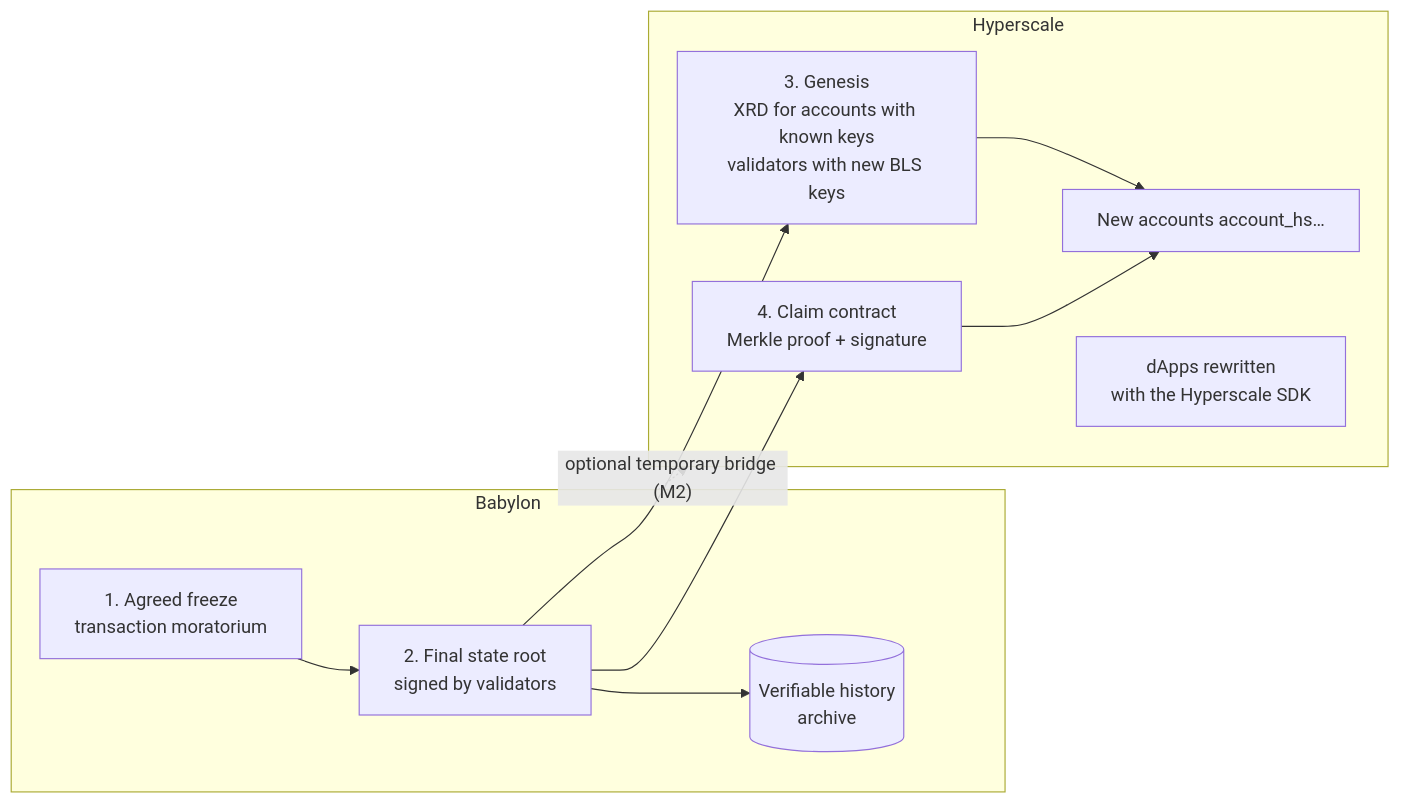
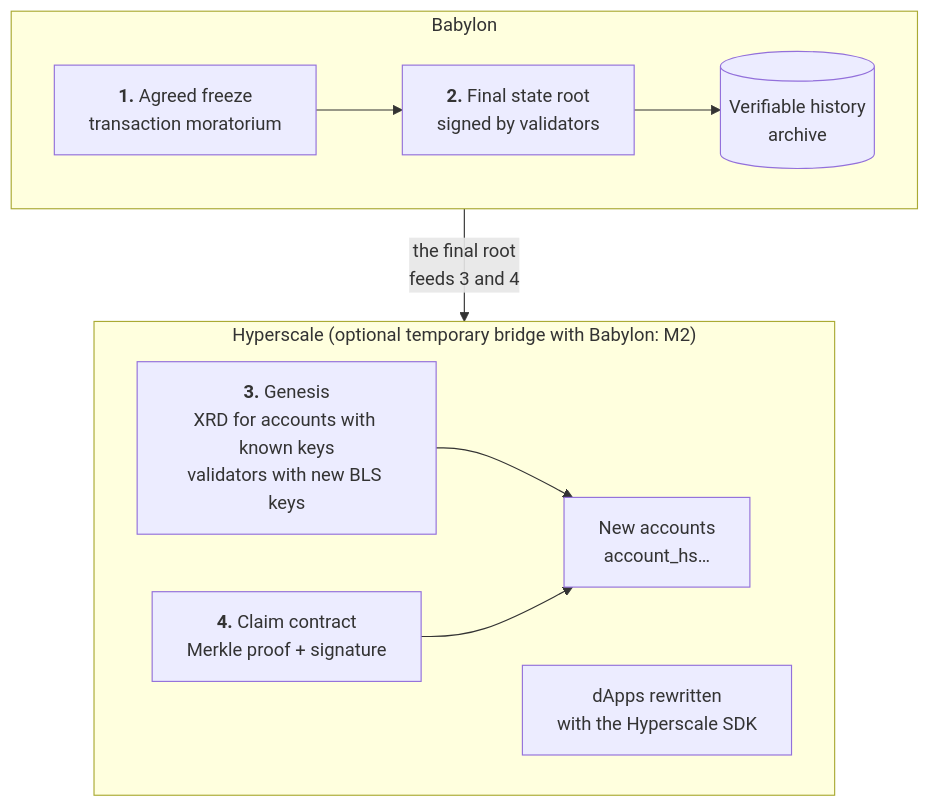
The fourth of 5 diagrams in docs/en/11-hyperscale-evolution.md (dazligth/radix-decentralization-roadmap), drawn with Mermaid before and after one commit. The commit also changed other lines of this file and 9 other files, not shown here.

First line of the commit message:
Redesign diagrams for readability on GitHub

````diff
--- a/docs/en/11-hyperscale-evolution.md
+++ b/docs/en/11-hyperscale-evolution.md
@@ -171,21 +171,14 @@
 ```mermaid
-flowchart LR
+flowchart TB
     subgraph BAB["Babylon"]
-        F["1. Agreed freeze<br/>transaction moratorium"]
-        R["2. Final state root<br/>signed by validators"]
-        AR[("Verifiable history<br/>archive")]
-        F --> R
-        R --> AR
+        direction LR
+        F["<b>1.</b> Agreed freeze<br/>transaction moratorium"] --> R["<b>2.</b> Final state root<br/>signed by validators"] --> AR[("Verifiable history<br/>archive")]
     end
-    subgraph HS["Hyperscale"]
-        G["3. Genesis<br/>XRD for accounts with known keys<br/>validators with new BLS keys"]
-        C["4. Claim contract<br/>Merkle proof + signature"]
-        U["New accounts account_hs…"]
+    subgraph HS["Hyperscale (optional temporary bridge with Babylon: M2)"]
+        direction LR
+        G["<b>3.</b> Genesis<br/>XRD for accounts with known keys<br/>validators with new BLS keys"] --> U["New accounts<br/>account_hs…"]
+        C["<b>4.</b> Claim contract<br/>Merkle proof + signature"] --> U
         D2["dApps rewritten<br/>with the Hyperscale SDK"]
-        G --> U
-        C --> U
     end
-    R --> G
-    R --> C
-    BAB -. "optional temporary bridge (M2)" .-> HS
+    BAB -->|"the final root<br/>feeds 3 and 4"| HS
 ```
````
